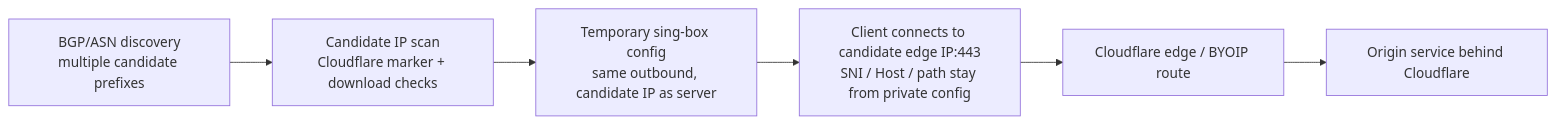
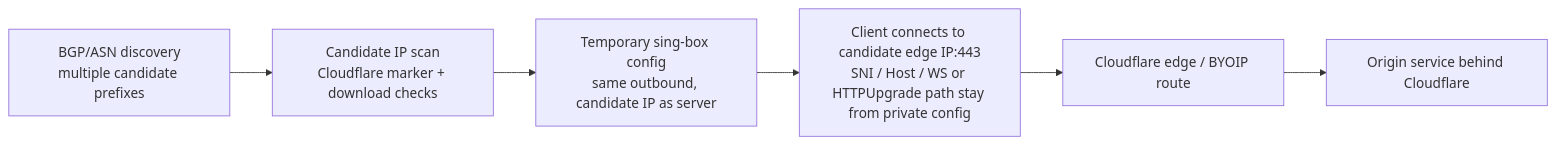
One commit to Pingle-Software/Anycast-Scout-GUI changed the diagram in README.md. Above: the diagram before and after it, drawn with Mermaid. The commit also changed other lines of this file, not shown here.

Commit message:
Document edge validation details

````diff
--- a/README.md
+++ b/README.md
@@ -47,8 +58,8 @@
 ```mermaid
 flowchart LR
   A["BGP/ASN discovery<br/>multiple candidate prefixes"] --> B["Candidate IP scan<br/>Cloudflare marker + download checks"]
   B --> C["Temporary sing-box config<br/>same outbound, candidate IP as server"]
-  C --> D["Client connects to candidate edge IP:443<br/>SNI / Host / path stay from private config"]
+  C --> D["Client connects to candidate edge IP:443<br/>SNI / Host / WS or HTTPUpgrade path stay from private config"]
   D --> E["Cloudflare edge / BYOIP route"]
   E --> F["Origin service behind Cloudflare"]
 ```
````
